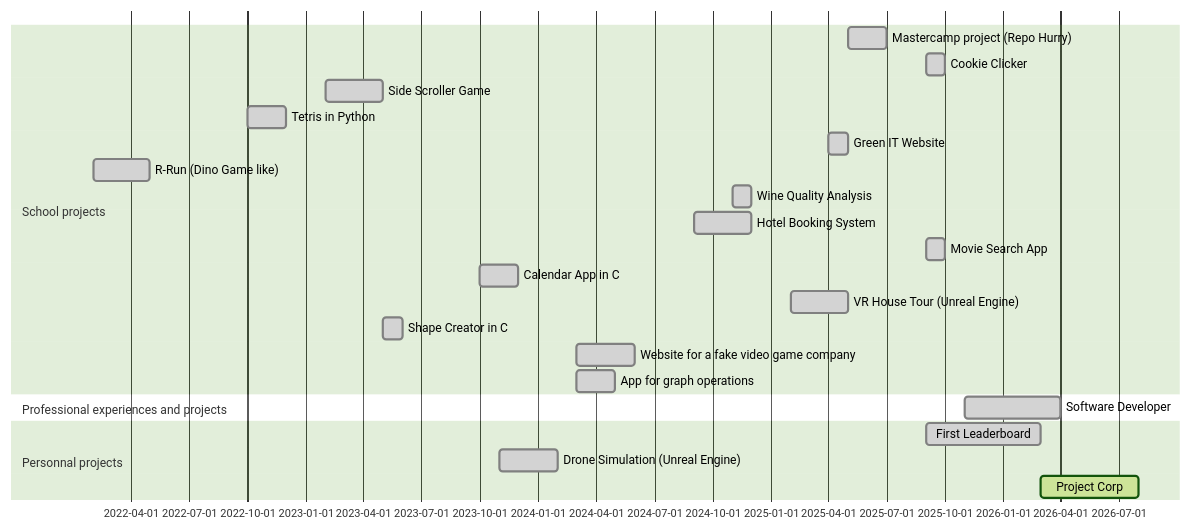
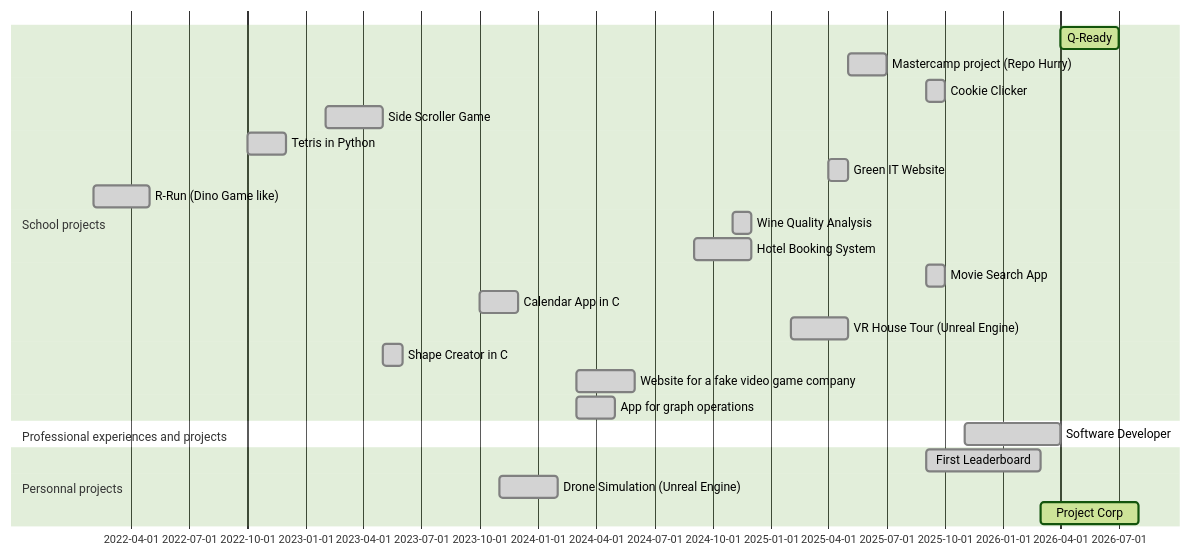
Before and after one commit to Rowuni/Rowuni: the diagram in Readme.md, drawn with Mermaid (forest theme). The commit also changed other lines of this file, not shown here.

Commit message:
Adding Q-Ready project

````diff
--- a/Readme.md
+++ b/Readme.md
@@ -189,25 +189,26 @@
 ```mermaid
 gantt
     section School projects
+    Q-Ready        :active, 2026-04, 2026-07
     Mastercamp project (Repo Hurry)       :done, 2025-05, 2025-07
     Cookie Clicker         :done, 2025-09, 2025-10
     Side Scroller Game       :done, 2023-02, 2023-05
     Tetris in Python       :done, 2022-10, 2022-12
     Green IT Website       :done, 2025-04, 2025-05
     R-Run (Dino Game like)       :done, 2022-02, 2022-05
     Wine Quality Analysis       :done, 2024-11, 2024-12
     Hotel Booking System       :done, 2024-09, 2024-12
     Movie Search App       :done, 2025-09, 2025-10
     Calendar App in C      :done, 2023-10, 2023-12
     VR House Tour (Unreal Engine)       :done, 2025-02, 2025-05
     Shape Creator in C       :done, 2023-05, 2023-06
     Website for a fake video game company       :done, 2024-03, 2024-06
     App for graph operations       :done, 2024-03, 2024-05
     dateFormat  YYYY-MM
     section Professional experiences and projects
     Software Developer           :done, 2025-11, 2026-04
     section Personnal projects
     First Leaderboard       :done, 2025-09, 2026-03
     Drone Simulation (Unreal Engine)       :done, 2023-11, 2024-02
     Project Corp       :active, 2026-03, 2026-08
 ```
````
